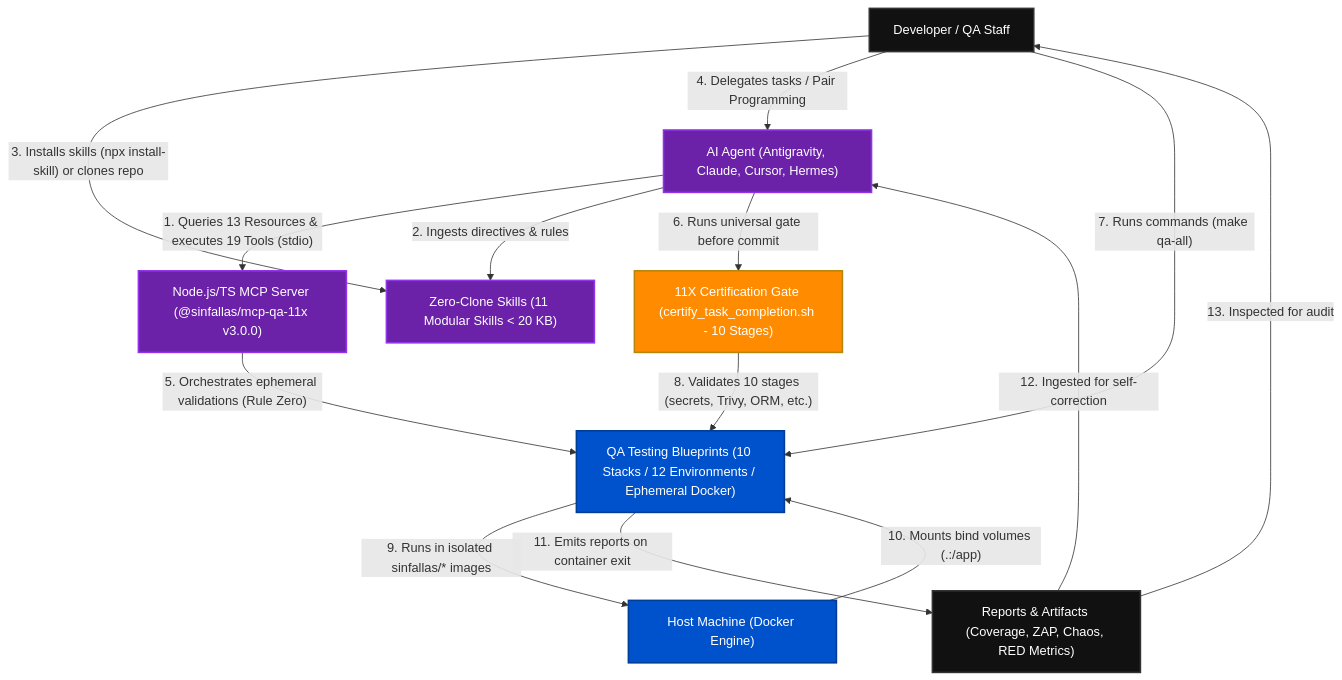
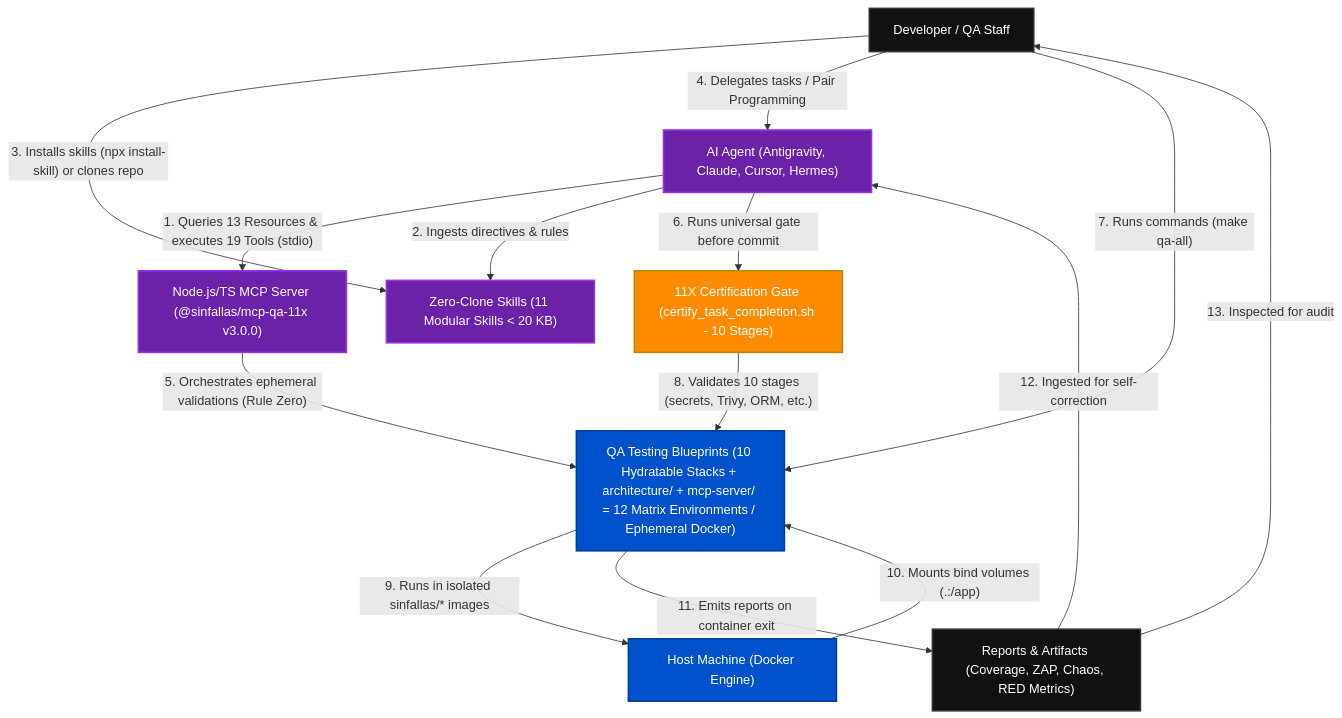
Before and after one commit to tecno-consultores/qa-testing-blueprints: the first of 3 diagrams in docs/ARCHITECTURE_C4.md, drawn with Mermaid. The commit also changed other lines of this file and 35 other files, not shown here.

````diff
--- a/docs/ARCHITECTURE_C4.md
+++ b/docs/ARCHITECTURE_C4.md
@@ -12,33 +12,33 @@
 ```mermaid
 flowchart TD
     Human["Developer / QA Staff"]
     Agent["AI Agent (Antigravity, Claude, Cursor, Hermes)"]
     MCP["Node.js/TS MCP Server (@sinfallas/mcp-qa-11x v3.0.0)"]
     Skill["Zero-Clone Skills (11 Modular Skills < 20 KB)"]
     Gate["11X Certification Gate (certify_task_completion.sh - 10 Stages)"]
-    QA["QA Testing Blueprints (10 Stacks / 12 Environments / Ephemeral Docker)"]
+    QA["QA Testing Blueprints (10 Hydratable Stacks + architecture/ + mcp-server/ = 12 Matrix Environments / Ephemeral Docker)"]
     Host["Host Machine (Docker Engine)"]
     Reports["Reports & Artifacts (Coverage, ZAP, Chaos, RED Metrics)"]
 
     Agent -->|"1. Queries 13 Resources & executes 19 Tools (stdio)"| MCP
     Agent -->|"2. Ingests directives & rules"| Skill
     Human -->|"3. Installs skills (npx install-skill) or clones repo"| Skill
     Human -->|"4. Delegates tasks / Pair Programming"| Agent
     MCP -->|"5. Orchestrates ephemeral validations (Rule Zero)"| QA
     Agent -->|"6. Runs universal gate before commit"| Gate
     Human -->|"7. Runs commands (make qa-all)"| QA
     Gate -->|"8. Validates 10 stages (secrets, Trivy, ORM, etc.)"| QA
     QA -->|"9. Runs in isolated sinfallas/* images"| Host
     Host -->|"10. Mounts bind volumes (.:/app)"| QA
     QA -->|"11. Emits reports on container exit"| Reports
     Reports -->|"12. Ingested for self-correction"| Agent
     Reports -->|"13. Inspected for audit"| Human
 
     classDef default fill:#111,stroke:#333,stroke-width:2px,color:#fff;
     classDef highlight fill:#0052cc,stroke:#003d99,stroke-width:2px,color:#fff;
     classDef barrier fill:#ff8c00,stroke:#b8860b,stroke-width:2px,color:#fff;
     classDef ai fill:#6b21a8,stroke:#9333ea,stroke-width:2px,color:#fff;
     class QA,Host highlight;
     class Gate barrier;
     class Agent,MCP,Skill ai;
 ```
````
